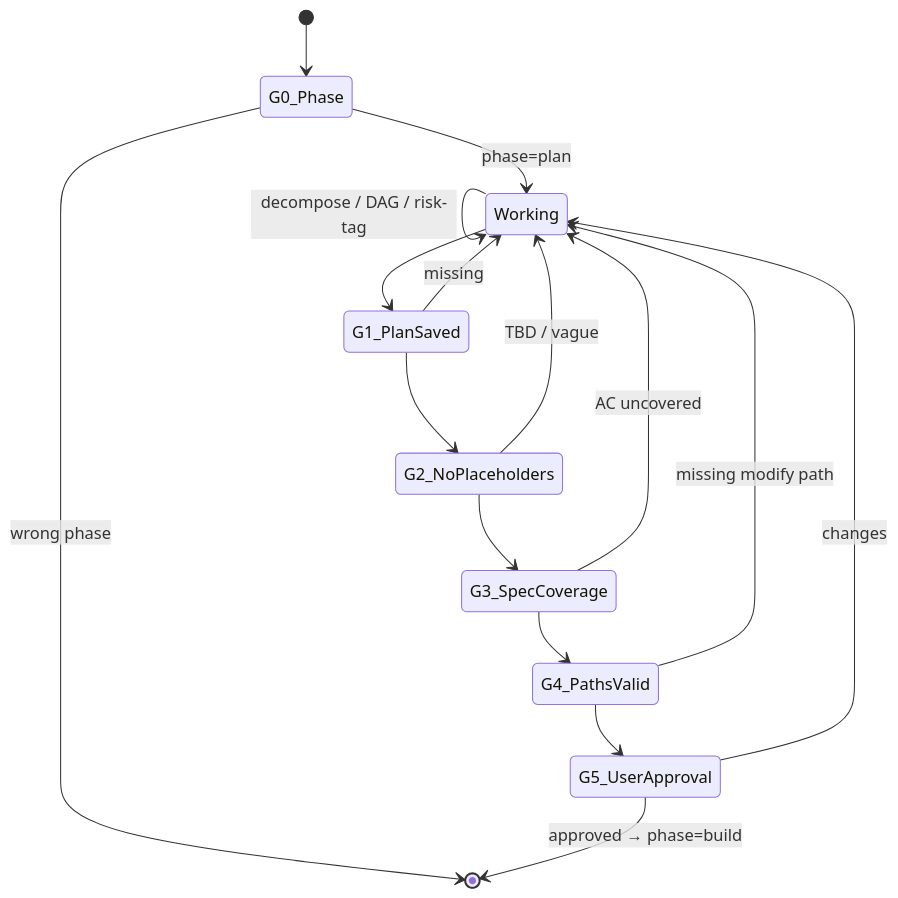
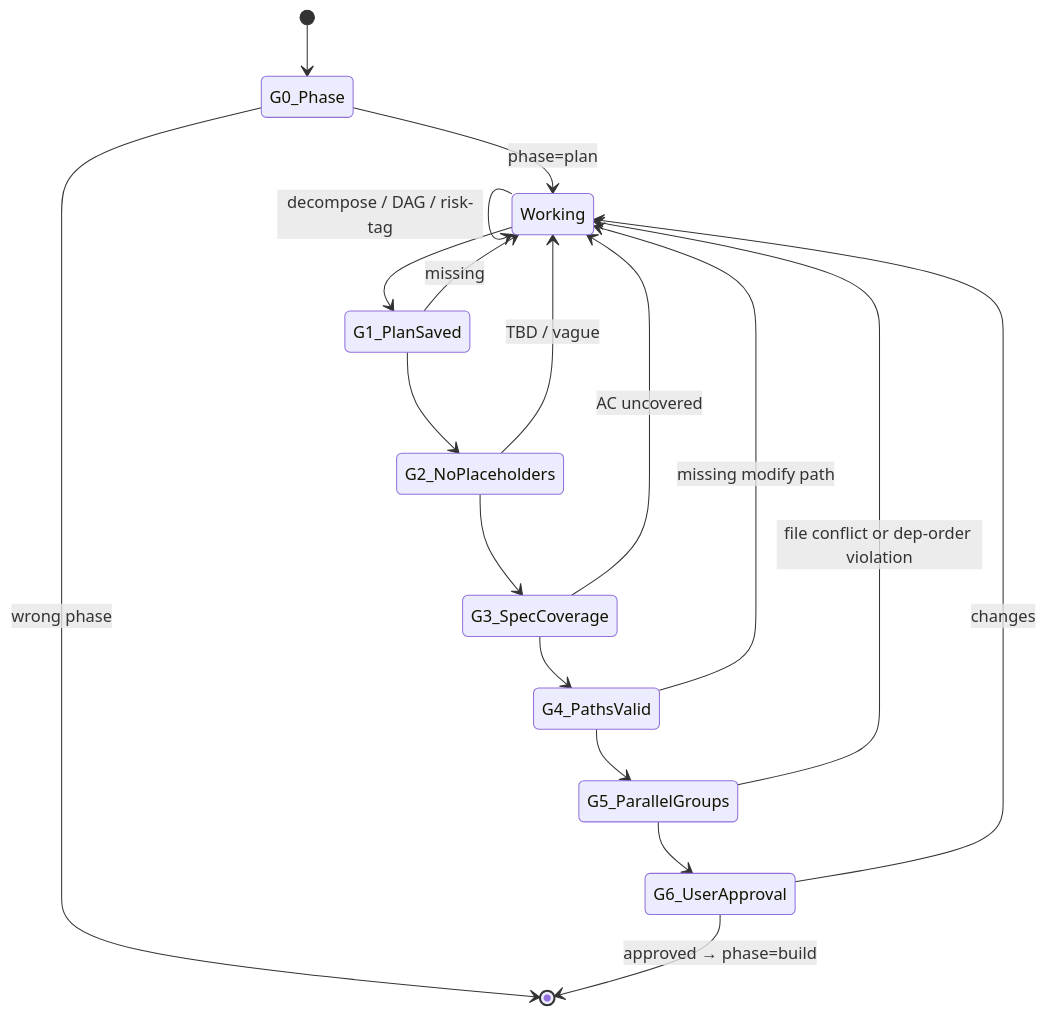
Before and after one commit to taipt1504/claudehut: the diagram in agents/claudehut-planner.md, drawn with Mermaid. The commit also changed other lines of this file and 8 other files, not shown here.

First line of the commit message:
feat(build): parallel task execution via DAG-based parallel groups

````diff
--- a/agents/claudehut-planner.md
+++ b/agents/claudehut-planner.md
@@ -16,18 +16,20 @@
 ```mermaid
 stateDiagram-v2
     [*] --> G0_Phase
     G0_Phase --> [*]: wrong phase
     G0_Phase --> Working: phase=plan
     Working --> Working: decompose / DAG / risk-tag
     Working --> G1_PlanSaved
     G1_PlanSaved --> Working: missing
     G1_PlanSaved --> G2_NoPlaceholders
     G2_NoPlaceholders --> Working: TBD / vague
     G2_NoPlaceholders --> G3_SpecCoverage
     G3_SpecCoverage --> Working: AC uncovered
     G3_SpecCoverage --> G4_PathsValid
     G4_PathsValid --> Working: missing modify path
-    G4_PathsValid --> G5_UserApproval
-    G5_UserApproval --> Working: changes
-    G5_UserApproval --> [*]: approved → phase=build
+    G4_PathsValid --> G5_ParallelGroups
+    G5_ParallelGroups --> Working: file conflict or dep-order violation
+    G5_ParallelGroups --> G6_UserApproval
+    G6_UserApproval --> Working: changes
+    G6_UserApproval --> [*]: approved → phase=build
 ```
````
